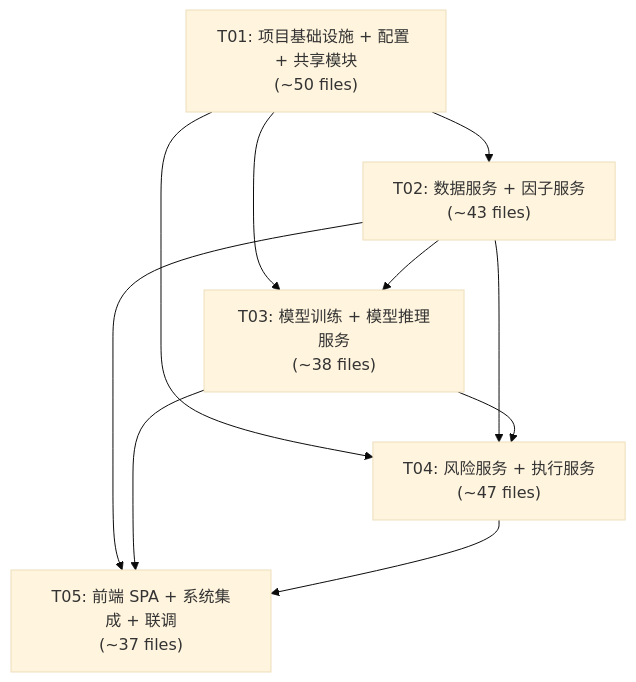
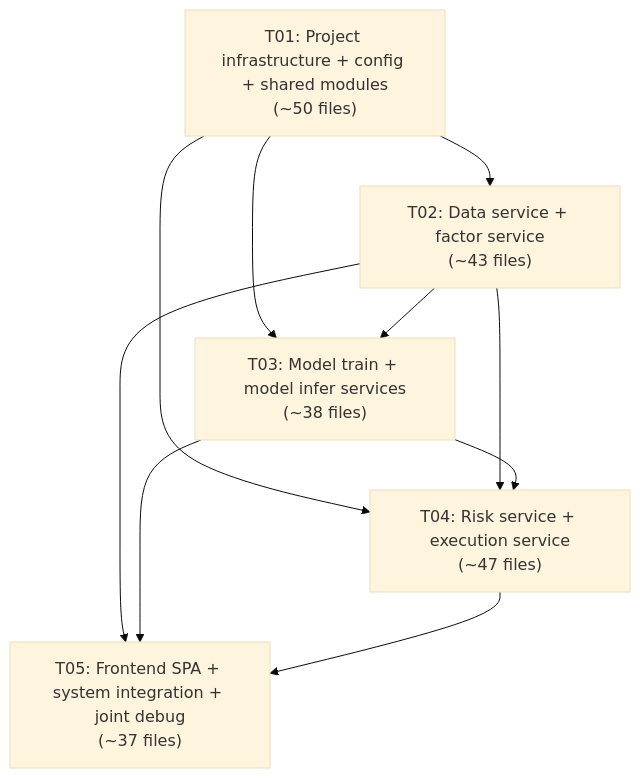
Before and after one commit to AndrewMa1992/quant-ai-trader: the sixth of 6 diagrams in docs/ARCHITECTURE-v2.md, drawn with Mermaid (base theme). The commit also changed other lines of this file and 130 other files, not shown here.

````diff
--- a/docs/ARCHITECTURE-v2.md
+++ b/docs/ARCHITECTURE-v2.md
@@ -982,18 +982,18 @@
 ```mermaid
 graph TD
-    T01["T01: 项目基础设施 + 配置 + 共享模块<br/>(~50 files)"]
-    T02["T02: 数据服务 + 因子服务<br/>(~43 files)"]
-    T03["T03: 模型训练 + 模型推理服务<br/>(~38 files)"]
-    T04["T04: 风险服务 + 执行服务<br/>(~47 files)"]
-    T05["T05: 前端 SPA + 系统集成 + 联调<br/>(~37 files)"]
+    T01["T01: Project infrastructure + config + shared modules<br/>(~50 files)"]
+    T02["T02: Data service + factor service<br/>(~43 files)"]
+    T03["T03: Model train + model infer services<br/>(~38 files)"]
+    T04["T04: Risk service + execution service<br/>(~47 files)"]
+    T05["T05: Frontend SPA + system integration + joint debug<br/>(~37 files)"]
 
     T01 --> T02
     T01 --> T03
     T01 --> T04
     T02 --> T03
     T02 --> T04
     T03 --> T04
     T02 --> T05
     T03 --> T05
     T04 --> T05
 ```
````
